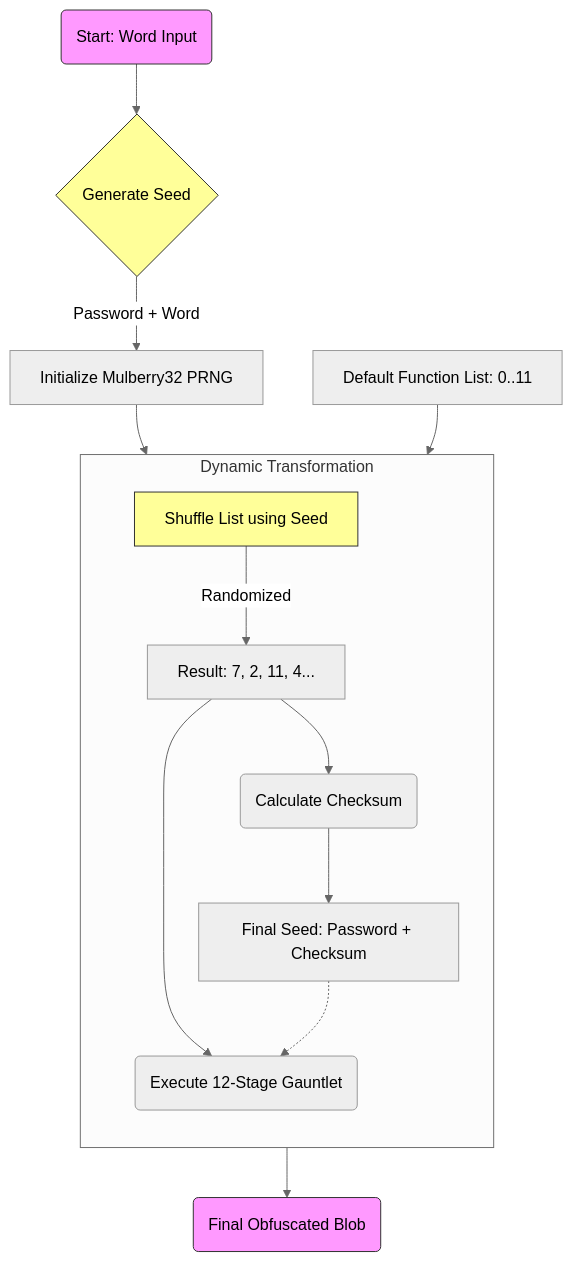
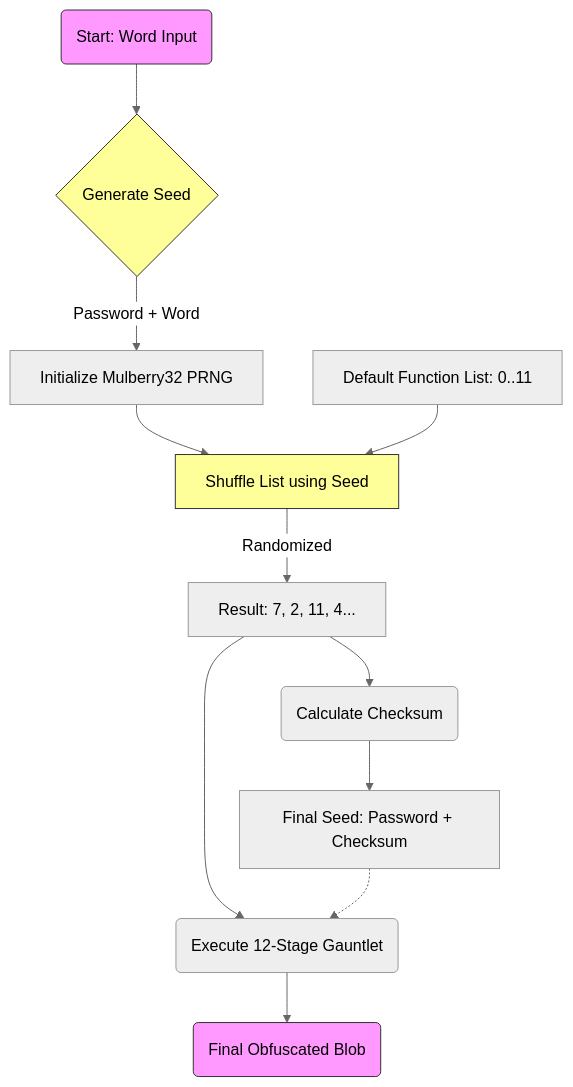
One commit to Kryklin/darkstar changed the second of 4 diagrams in DARKSTAR_ARCHITECTURE.md. Above: the diagram before and after it, drawn with Mermaid (neutral theme). The commit also changed other lines of this file and 57 other files, not shown here.

````diff
--- a/DARKSTAR_ARCHITECTURE.md
+++ b/DARKSTAR_ARCHITECTURE.md
@@ -57,49 +56,38 @@
 ```mermaid
 flowchart TD
     %% Nodes
     Start(Start: Word Input)
     SeedGen{Generate Seed}
     PRNG[Initialize Mulberry32 PRNG]
-    
+
     DefaultList[Default Function List: 0..11]
     Shuffle[Shuffle List using Seed]
     ShuffledList[Result: 7, 2, 11, 4...]
-    
+
     Checksum(Calculate Checksum)
     FinalSeed[Final Seed: Password + Checksum]
-    
+
     Execute(Execute 12-Stage Gauntlet)
     Result(Final Obfuscated Blob)
 
     %% Connections
     Start --> SeedGen
     SeedGen -->|Password + Word| PRNG
-    
+
     PRNG --> Shuffle
     DefaultList --> Shuffle
     Shuffle -->|Randomized| ShuffledList
-    
+
     ShuffledList --> Checksum
     ShuffledList --> Execute
-    
+
     Checksum --> FinalSeed
     FinalSeed -.-> Execute
-    
+
     Execute --> Result
 
-    %% Subgraph for grouping (simplified)
-    subgraph Processing [Dynamic Transformation]
-        direction TB
-        Shuffle
-        ShuffledList
-        Checksum
-        FinalSeed
-        Execute
-    end
-
-    %% Styling
     style Start fill:#f9f,stroke:#333
     style SeedGen fill:#ff9,stroke:#333
     style Result fill:#f9f,stroke:#333
     style Shuffle fill:#ff9,stroke:#333
 ```
````
